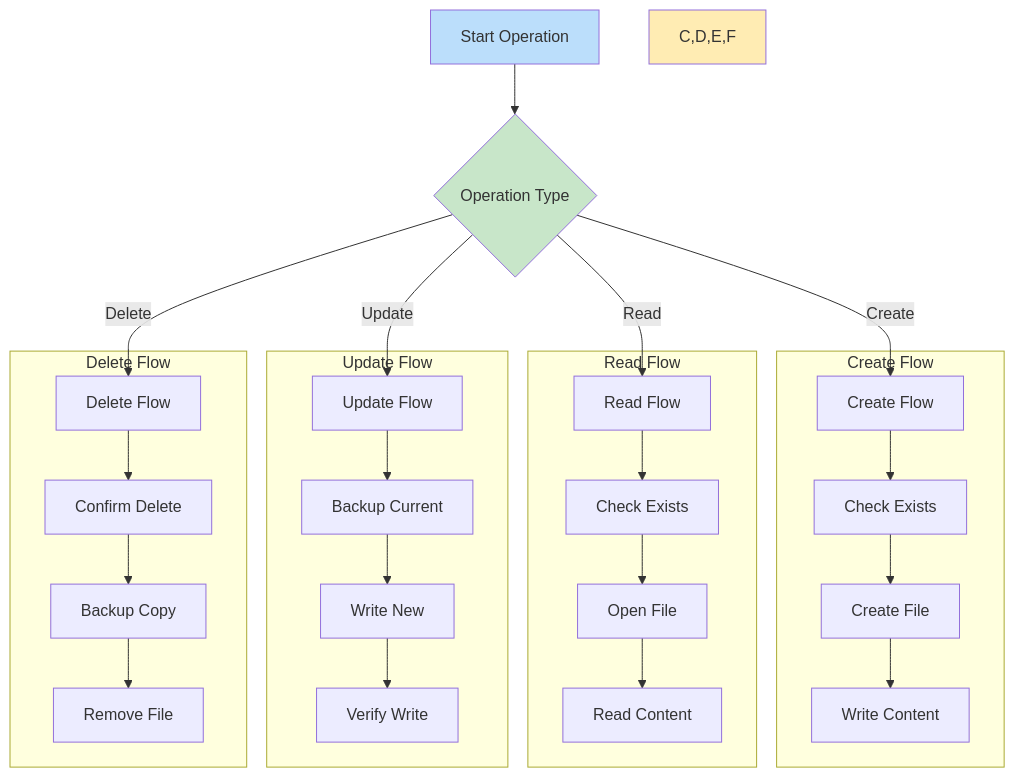
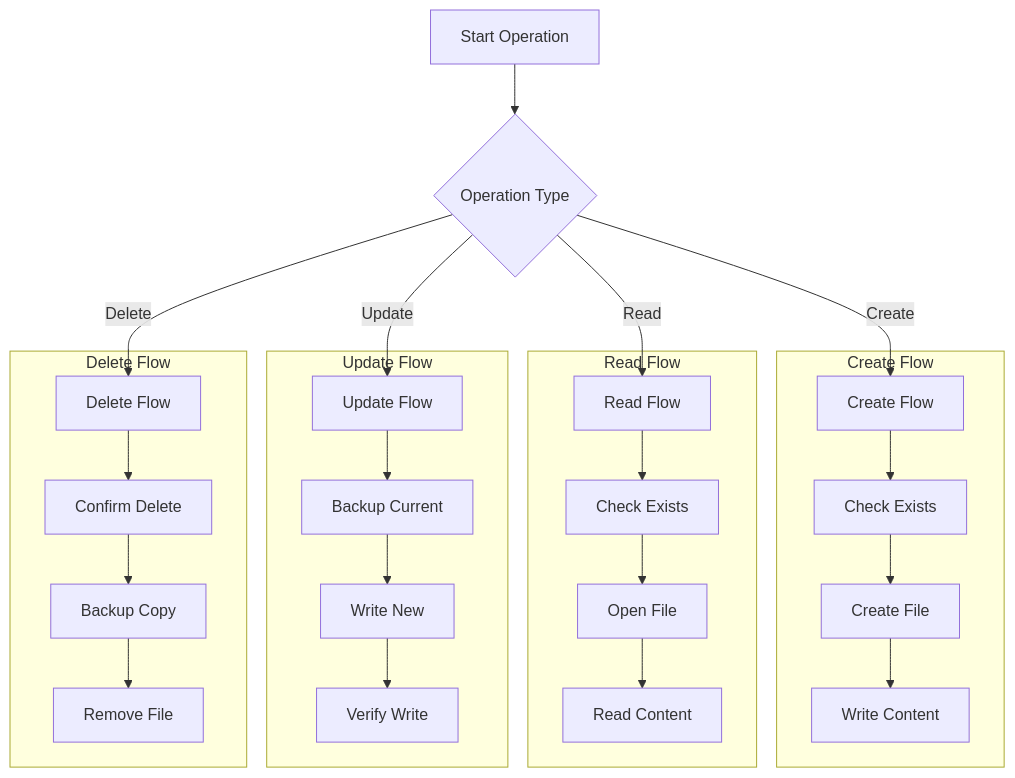
One commit to LGICCommunity/NoteCLI changed the fourth of 17 diagrams in Docs/DevelopmentGuide/DETAILED_IMPLEMENTATION.md. Above: the diagram before and after it, drawn with Mermaid. The commit also changed other lines of this file and 1 other file, not shown here.

````diff
--- a/Docs/DevelopmentGuide/DETAILED_IMPLEMENTATION.md
+++ b/Docs/DevelopmentGuide/DETAILED_IMPLEMENTATION.md
@@ -92,36 +87,33 @@
 ```mermaid
 graph TD
     A[Start Operation] --> B{Operation Type}
     B -->|Create| C[Create Flow]
     B -->|Read| D[Read Flow]
     B -->|Update| E[Update Flow]
     B -->|Delete| F[Delete Flow]
     
     subgraph "Create Flow"
         C --> C1[Check Exists]
         C1 --> C2[Create File]
         C2 --> C3[Write Content]
     end
     
     subgraph "Read Flow"
         D --> D1[Check Exists]
         D1 --> D2[Open File]
         D2 --> D3[Read Content]
     end
     
     subgraph "Update Flow"
         E --> E1[Backup Current]
         E1 --> E2[Write New]
         E2 --> E3[Verify Write]
     end
     
     subgraph "Delete Flow"
         F --> F1[Confirm Delete]
         F1 --> F2[Backup Copy]
         F2 --> F3[Remove File]
     end
     
-    style A fill:#bbdefb
-    style B fill:#c8e6c9
-    style C,D,E,F fill:#ffecb3
 ```
````
